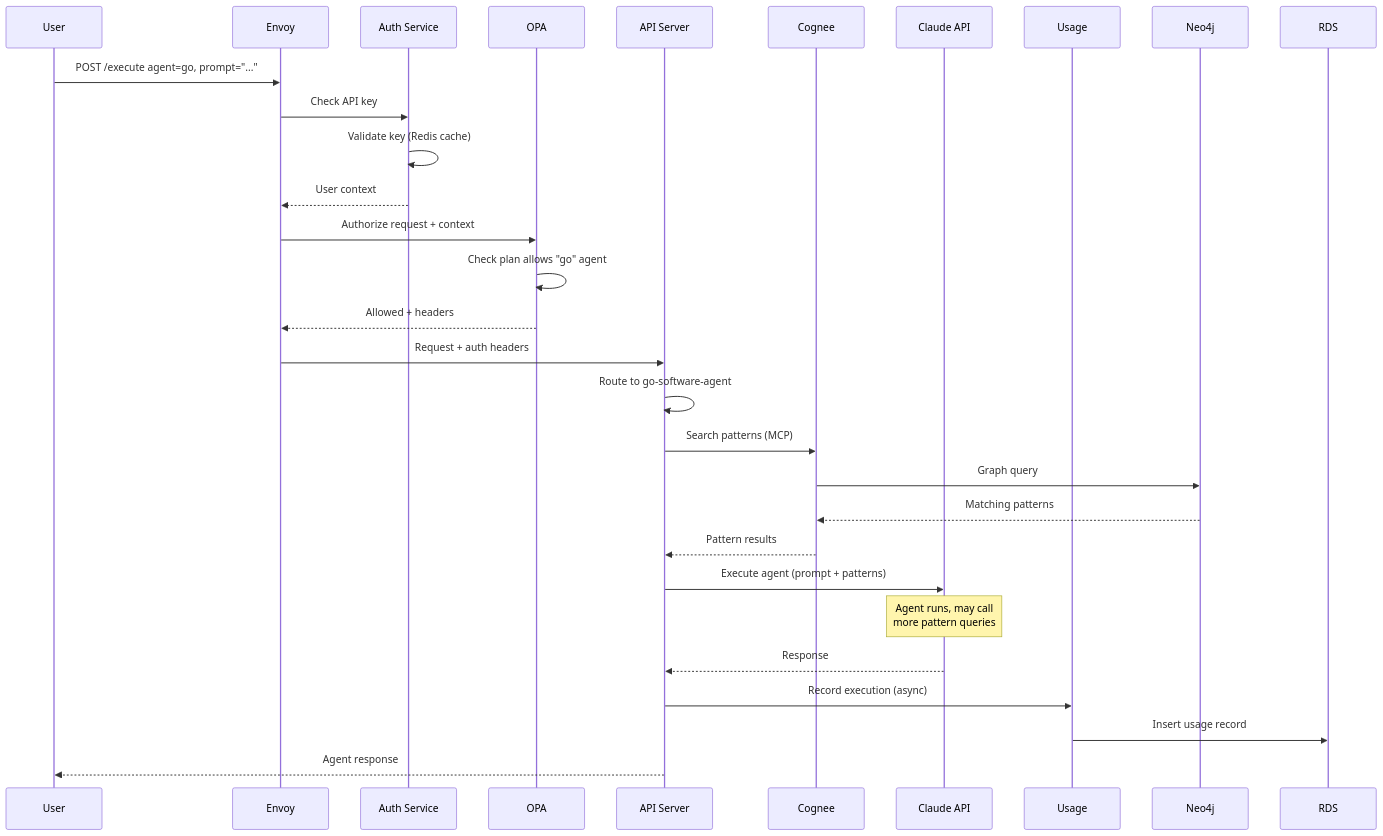
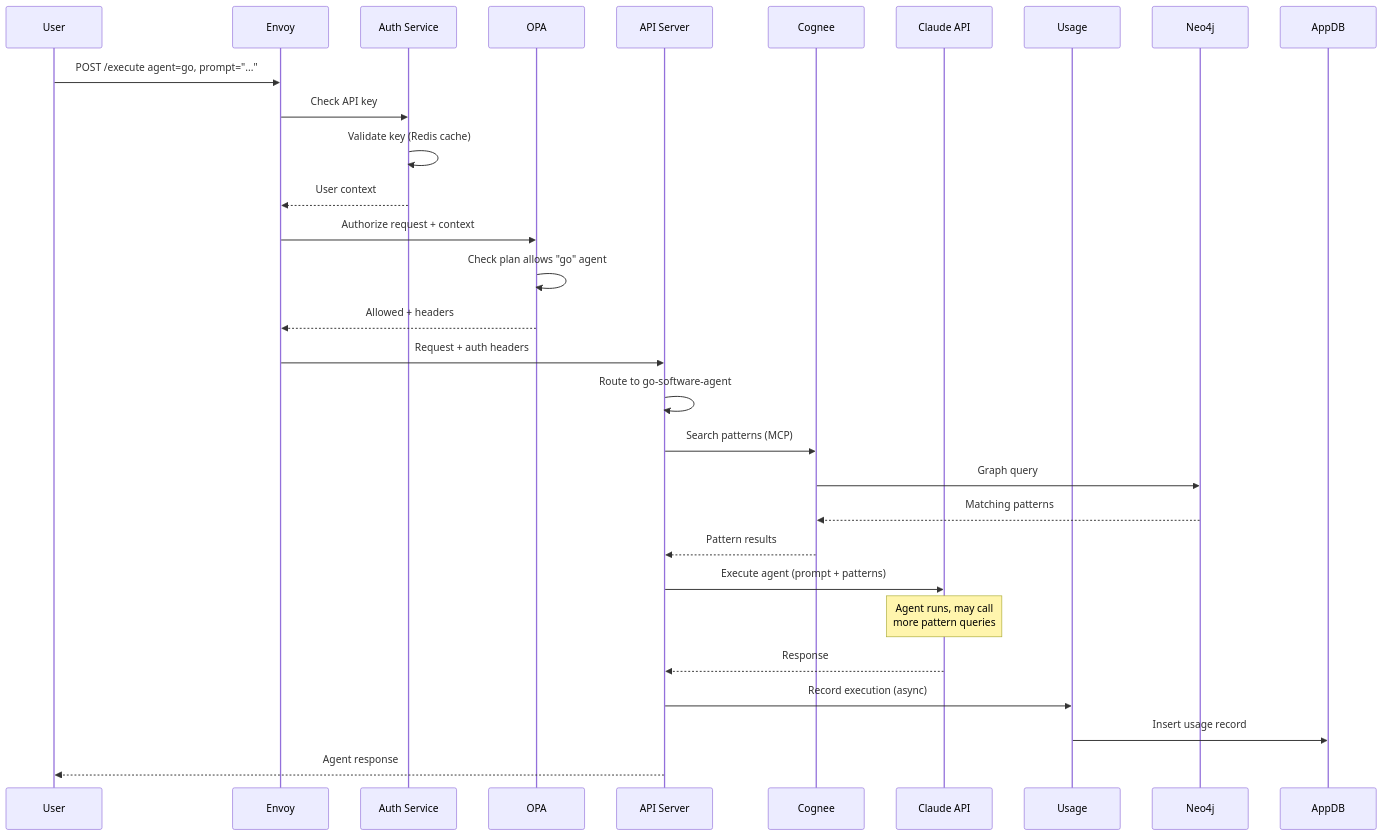
One commit to twistingmercury/mnemonic-mcp changed the second of 3 diagrams in docs/architecture/03-system-architecture.md. Above: the diagram before and after it, drawn with Mermaid. The commit also changed other lines of this file and 56 other files, not shown here.

Commit message:
refine architecture, draft MVP plan

````diff
--- a/docs/architecture/03-system-architecture.md
+++ b/docs/architecture/03-system-architecture.md
@@ -150,35 +152,35 @@
 ```mermaid
 sequenceDiagram
     participant User
     participant Envoy
     participant Auth as Auth Service
     participant OPA
     participant API as API Server
     participant Cognee
     participant Claude as Claude API
     participant Usage
 
     User->>Envoy: POST /execute agent=go, prompt="..."
     Envoy->>Auth: Check API key
     Auth->>Auth: Validate key (Redis cache)
     Auth-->>Envoy: User context
     Envoy->>OPA: Authorize request + context
     OPA->>OPA: Check plan allows "go" agent
     OPA-->>Envoy: Allowed + headers
     Envoy->>API: Request + auth headers
 
     API->>API: Route to go-software-agent
     API->>Cognee: Search patterns (MCP)
     Cognee->>Neo4j: Graph query
     Neo4j-->>Cognee: Matching patterns
     Cognee-->>API: Pattern results
 
     API->>Claude: Execute agent (prompt + patterns)
     Note over Claude: Agent runs, may call<br/>more pattern queries
     Claude-->>API: Response
 
     API->>Usage: Record execution (async)
-    Usage->>RDS: Insert usage record
+    Usage->>AppDB: Insert usage record
 
     API-->>User: Agent response
 ```
````
